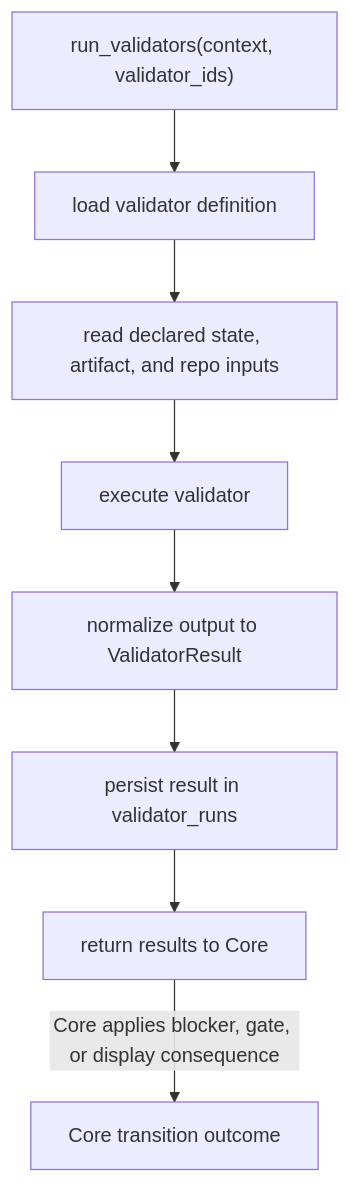
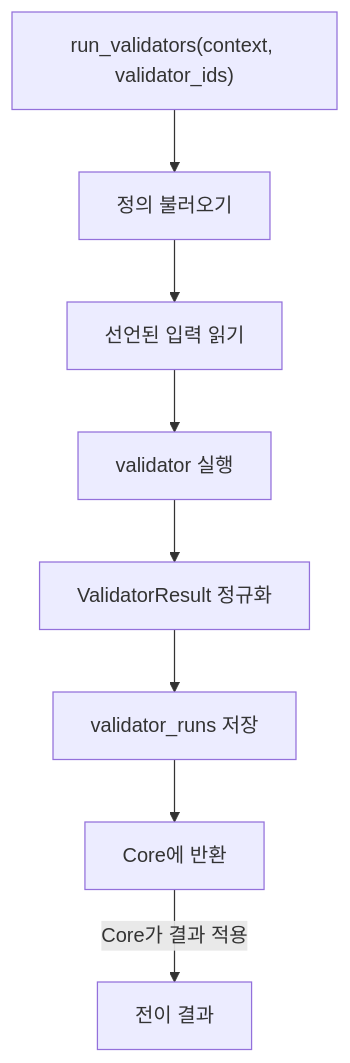
One commit to minjungw00/Harness_Project changed the ninth of 9 diagrams in docs/ko/reference/storage-and-ddl.md. Above: the diagram before and after it, drawn with Mermaid. The commit also changed other lines of this file and 20 other files, not shown here.

Commit message:
docs: refresh diagrams for staged authority model

````diff
--- a/docs/ko/reference/storage-and-ddl.md
+++ b/docs/ko/reference/storage-and-ddl.md
@@ -1543,13 +1543,13 @@
 ```mermaid
 flowchart TD
   Start["run_validators(context, validator_ids)"]
-  Load["load validator definition"]
-  Inputs["read declared state, artifact, and repo inputs"]
-  Execute["execute validator"]
-  Normalize["normalize output to ValidatorResult"]
-  Persist["persist result in validator_runs"]
-  Return["return results to Core"]
+  Load["정의 불러오기"]
+  Inputs["선언된 입력 읽기"]
+  Execute["validator 실행"]
+  Normalize["ValidatorResult 정규화"]
+  Persist["validator_runs 저장"]
+  Return["Core에 반환"]
 
   Start --> Load --> Inputs --> Execute --> Normalize --> Persist --> Return
-  Return -->|Core applies blocker, gate, or display consequence| CoreOutcome["Core transition outcome"]
+  Return -->|Core가 결과 적용| CoreOutcome["전이 결과"]
 ```
````
